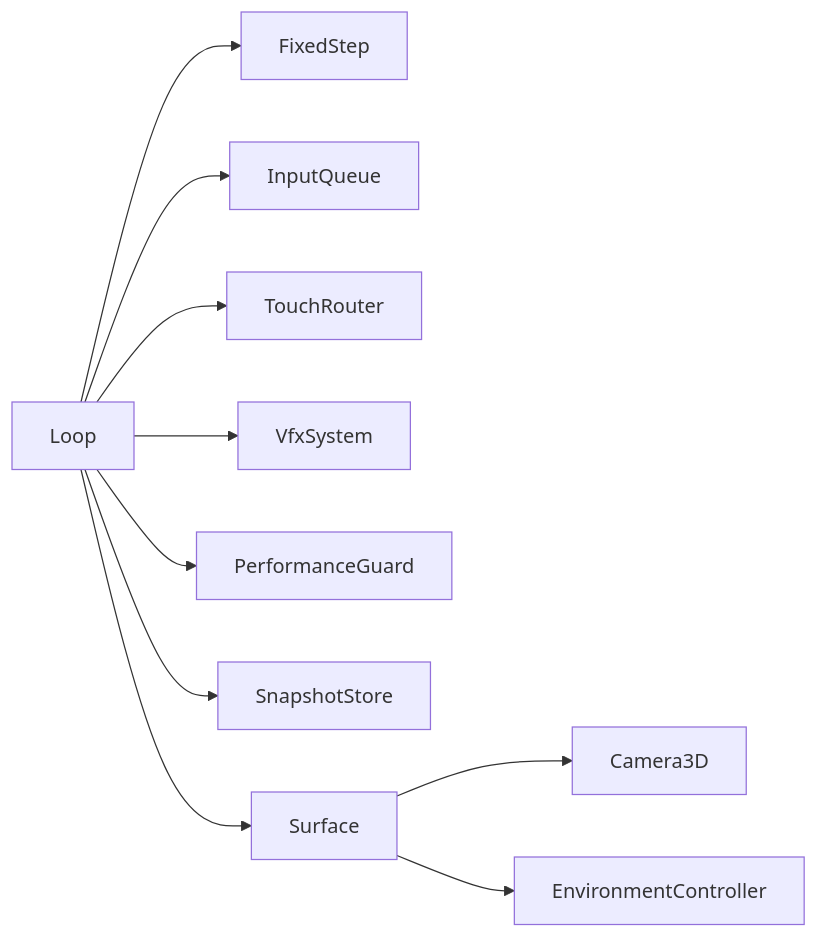
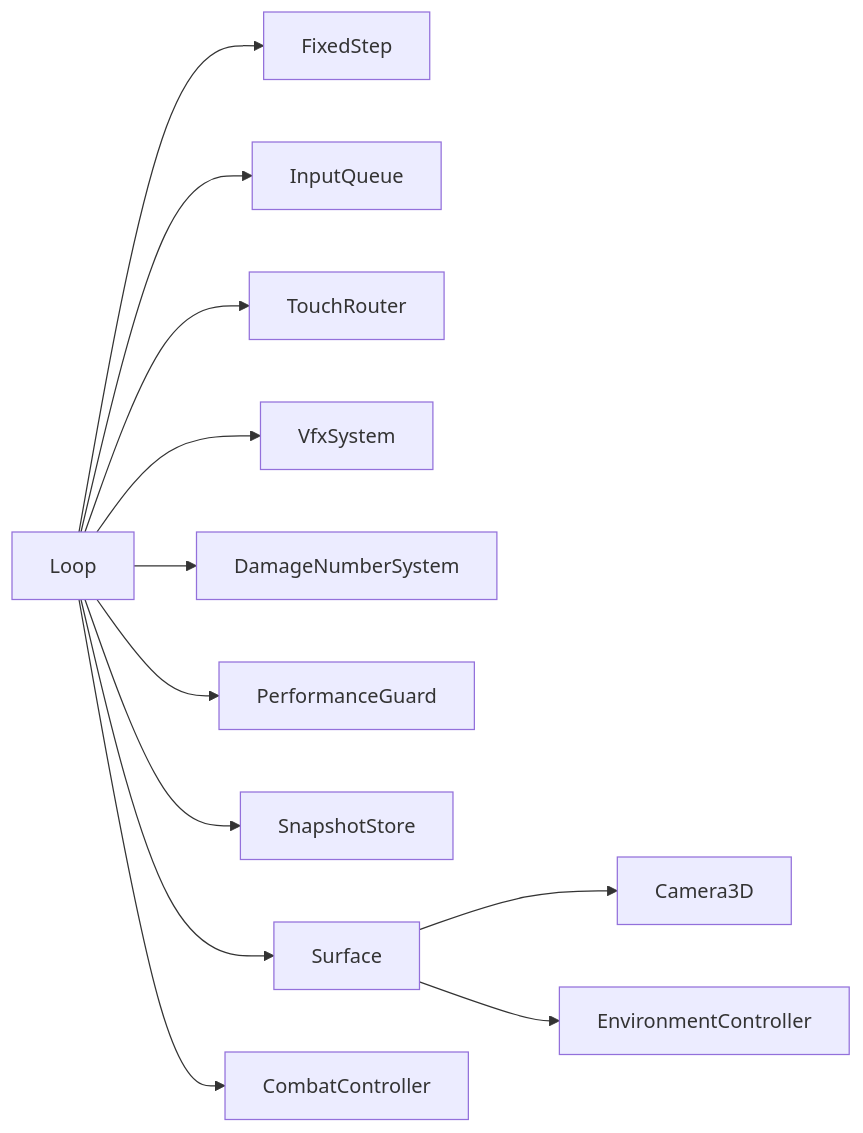
Before and after one commit to sj123sheng/my-world: the seventh of 7 diagrams in .qoder/repowiki/zh/content/架构设计/分层架构设计/引擎层设计/游戏循环系统.md, drawn with Mermaid. The commit also changed other lines of this file and 161 other files, not shown here.

````diff
--- a/.qoder/repowiki/zh/content/架构设计/分层架构设计/引擎层设计/游戏循环系统.md
+++ b/.qoder/repowiki/zh/content/架构设计/分层架构设计/引擎层设计/游戏循环系统.md
@@ -433,12 +551,14 @@
 ```mermaid
 graph LR
 Loop --> FixedStep
 Loop --> InputQueue
 Loop --> TouchRouter
 Loop --> VfxSystem
+Loop --> DamageNumberSystem
 Loop --> PerformanceGuard
 Loop --> SnapshotStore
 Loop --> Surface
+Loop --> CombatController
 Surface --> Camera3D
 Surface --> EnvironmentController
 ```
````
